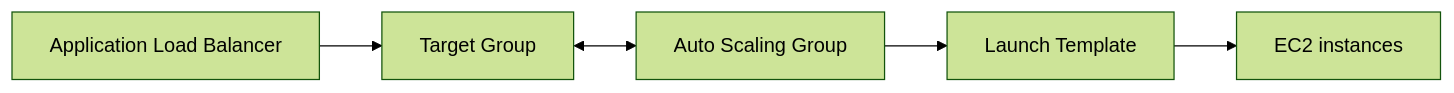
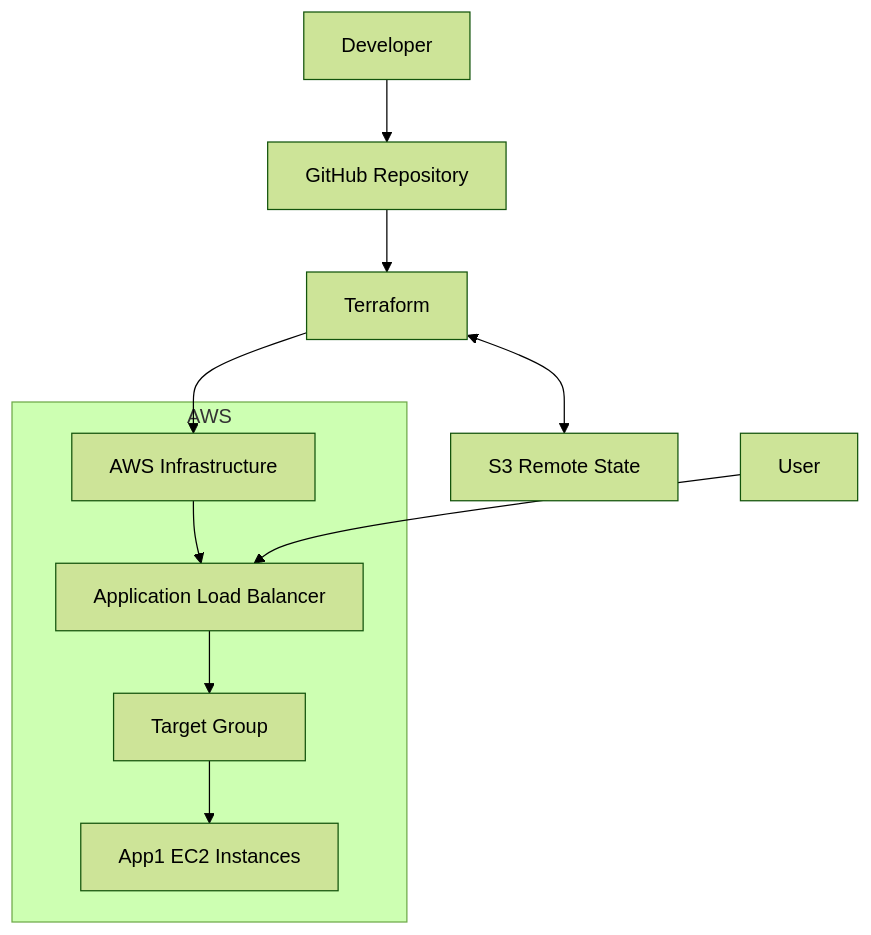
Before and after one commit to Prashant-dai-pune/enterprise-deployment-platform: the diagram in architecture_diagrams/phase-1-architecture.md, drawn with Mermaid (forest theme). The commit also changed other lines of this file, not shown here.

Commit message:
docs: simplify Phase 1 architecture flow diagram

````diff
--- a/architecture_diagrams/phase-1-architecture.md
+++ b/architecture_diagrams/phase-1-architecture.md
@@ -56,7 +1,15 @@
 ```mermaid
-flowchart LR
-    ALB[Application Load Balancer] --> TG[Target Group]
-    TG <--> ASG[Auto Scaling Group]
-    ASG --> LT[Launch Template]
-    LT --> EC2[EC2 instances]
+flowchart TD
+    A[Developer] --> B[GitHub Repository]
+    B --> C[Terraform]
+    C --> D[AWS Infrastructure]
+    C <--> E[S3 Remote State]
+
+    subgraph AWS
+        D --> F[Application Load Balancer]
+        F --> G[Target Group]
+        G --> H[App1 EC2 Instances]
+    end
+
+    I[User] --> F
 ```
````
